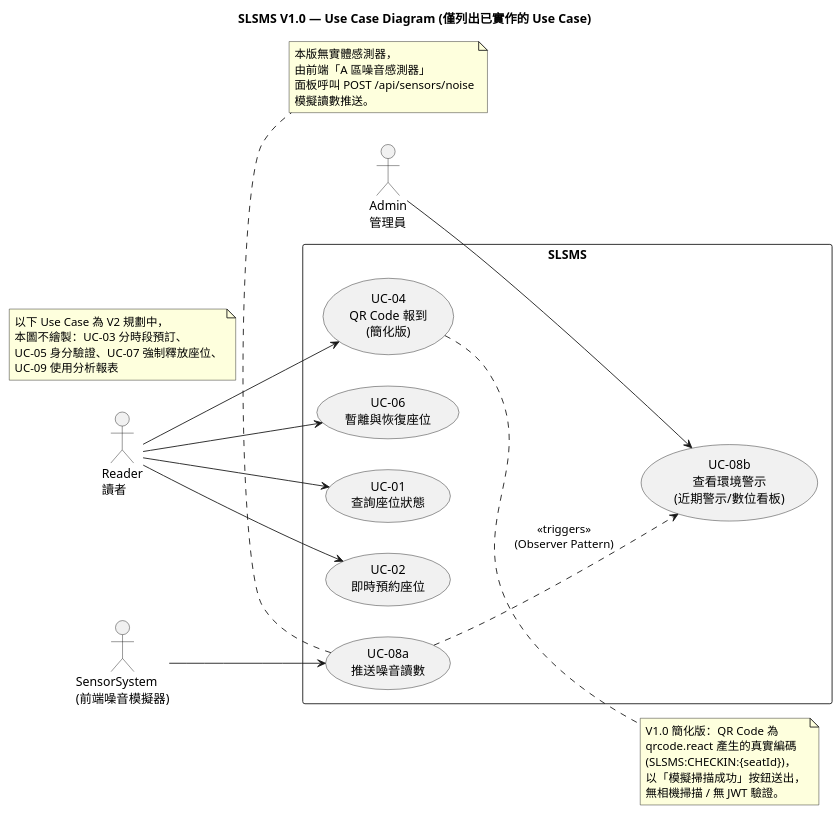
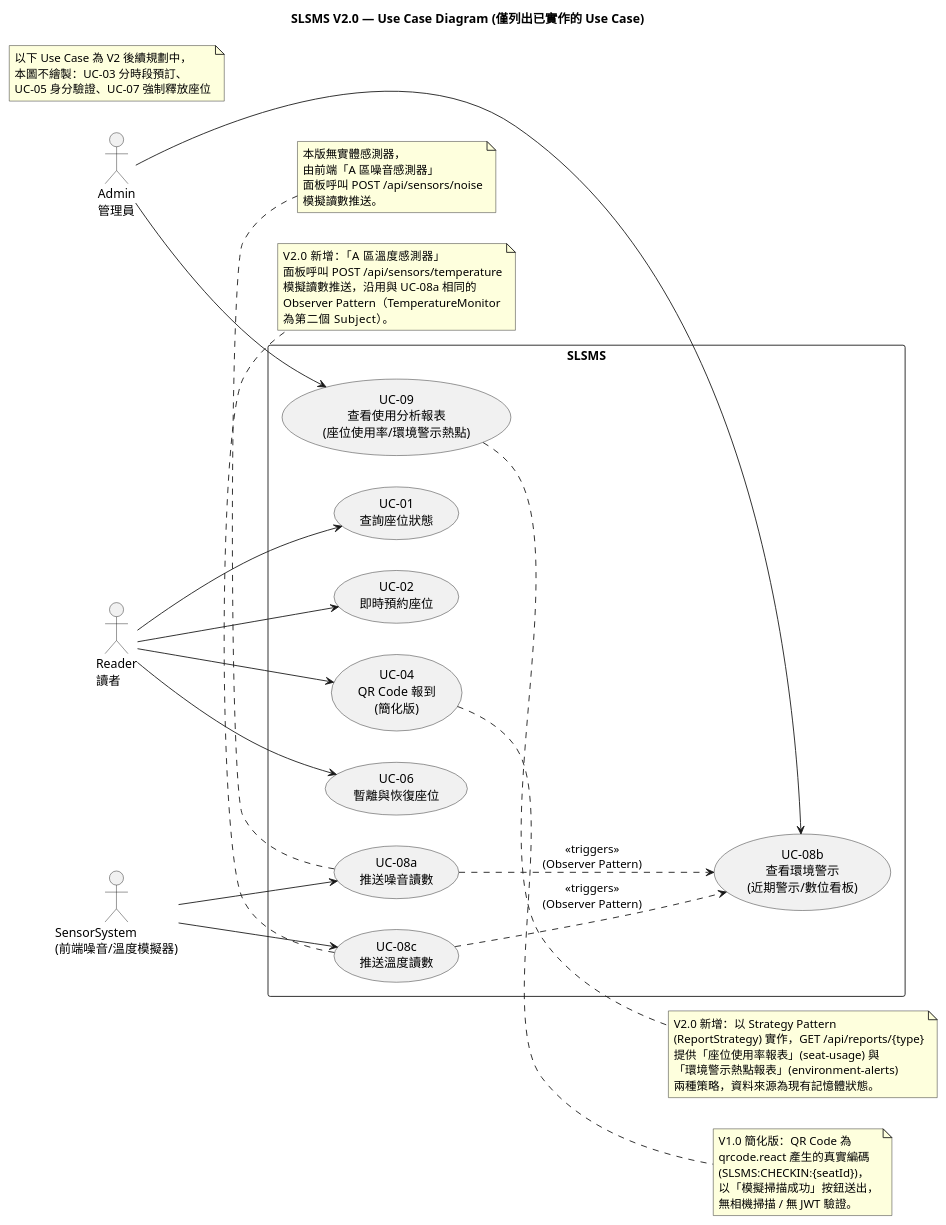
Before and after one commit to ZadeLF/OOSE_slsms: the diagram in docs/uml/use-case-diagram.puml, drawn with PlantUML. The commit also changed 6 other files, not shown here.

First line of the commit message:
docs: sync SRS/SDD/AcceptanceChecklist/UML/Scrum for V2 report + temperature features

```diff
--- a/docs/uml/use-case-diagram.puml
+++ b/docs/uml/use-case-diagram.puml
@@ -1,45 +1,66 @@
 @startuml use-case-diagram
-title SLSMS V1.0 — Use Case Diagram (僅列出已實作的 Use Case)
+title SLSMS V2.0 — Use Case Diagram (僅列出已實作的 Use Case)
 
 left to right direction
 
 actor "Reader\n讀者" as Reader
 actor "Admin\n管理員" as Admin
-actor "SensorSystem\n(前端噪音模擬器)" as SensorSystem
+actor "SensorSystem\n(前端噪音/溫度模擬器)" as SensorSystem
 
 rectangle "SLSMS" {
   usecase "UC-01\n查詢座位狀態" as UC01
   usecase "UC-02\n即時預約座位" as UC02
   usecase "UC-04\nQR Code 報到\n(簡化版)" as UC04
   usecase "UC-06\n暫離與恢復座位" as UC06
   usecase "UC-08a\n推送噪音讀數" as UC08a
+  usecase "UC-08c\n推送溫度讀數" as UC08c
   usecase "UC-08b\n查看環境警示\n(近期警示/數位看板)" as UC08b
+  usecase "UC-09\n查看使用分析報表\n(座位使用率/環境警示熱點)" as UC09
 }
 
 Reader --> UC01
 Reader --> UC02
 Reader --> UC04
 Reader --> UC06
 
 SensorSystem --> UC08a
+SensorSystem --> UC08c
 Admin --> UC08b
+Admin --> UC09
 
 UC08a ..> UC08b : <<triggers>>\n(Observer Pattern)
+UC08c ..> UC08b : <<triggers>>\n(Observer Pattern)
 
 note right of UC04
   V1.0 簡化版：QR Code 為
   qrcode.react 產生的真實編碼
   (SLSMS:CHECKIN:{seatId})，
   以「模擬掃描成功」按鈕送出，
   無相機掃描 / 無 JWT 驗證。
 end note
 
 note bottom of UC08a
   本版無實體感測器，
   由前端「A 區噪音感測器」
   面板呼叫 POST /api/sensors/noise
   模擬讀數推送。
 end note
 
-note "以下 Use Case 為 V2 規劃中，\n本圖不繪製：UC-03 分時段預訂、\nUC-05 身分驗證、UC-07 強制釋放座位、\nUC-09 使用分析報表" as N1
+note bottom of UC08c
+  V2.0 新增：「A 區溫度感測器」
+  面板呼叫 POST /api/sensors/temperature
+  模擬讀數推送，沿用與 UC-08a 相同的
+  Observer Pattern（TemperatureMonitor
+  為第二個 Subject）。
+end note
+
+note right of UC09
+  V2.0 新增：以 Strategy Pattern
+  (ReportStrategy) 實作，GET /api/reports/{type}
+  提供「座位使用率報表」(seat-usage) 與
+  「環境警示熱點報表」(environment-alerts)
+  兩種策略，資料來源為現有記憶體狀態。
+end note
+
+note "以下 Use Case 為 V2 後續規劃中，\n本圖不繪製：UC-03 分時段預訂、\nUC-05 身分驗證、UC-07 強制釋放座位" as N1
 @enduml
```
